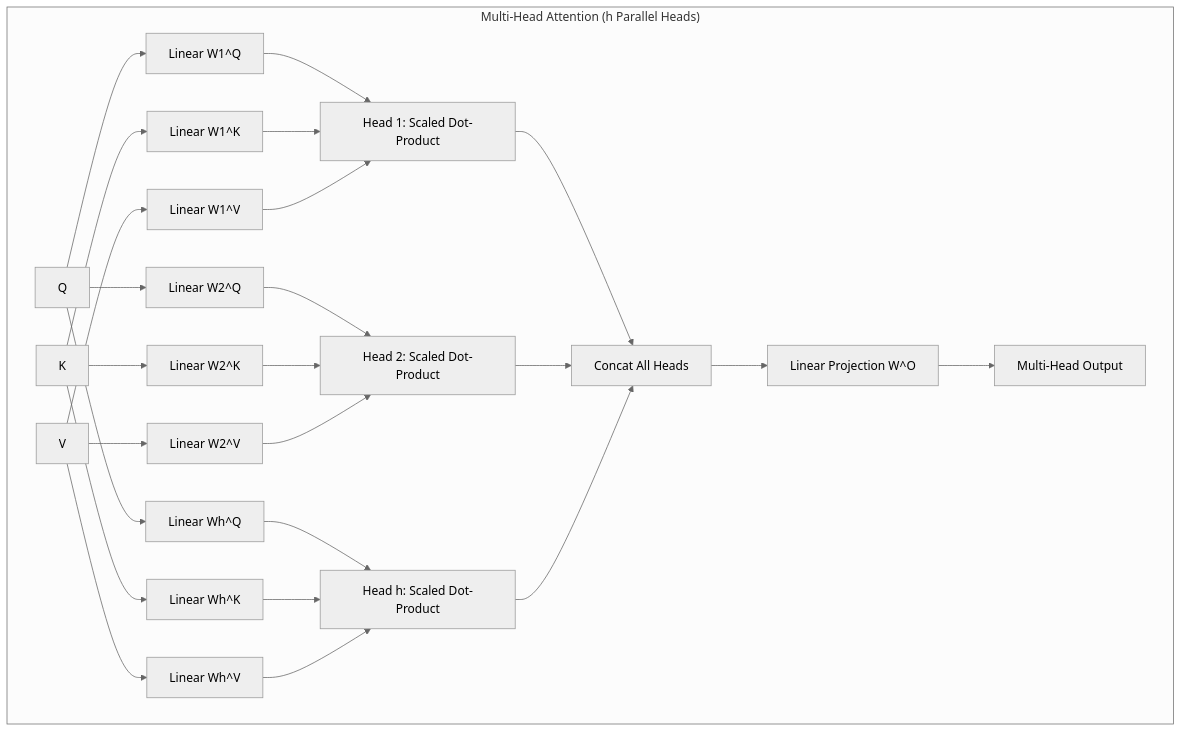
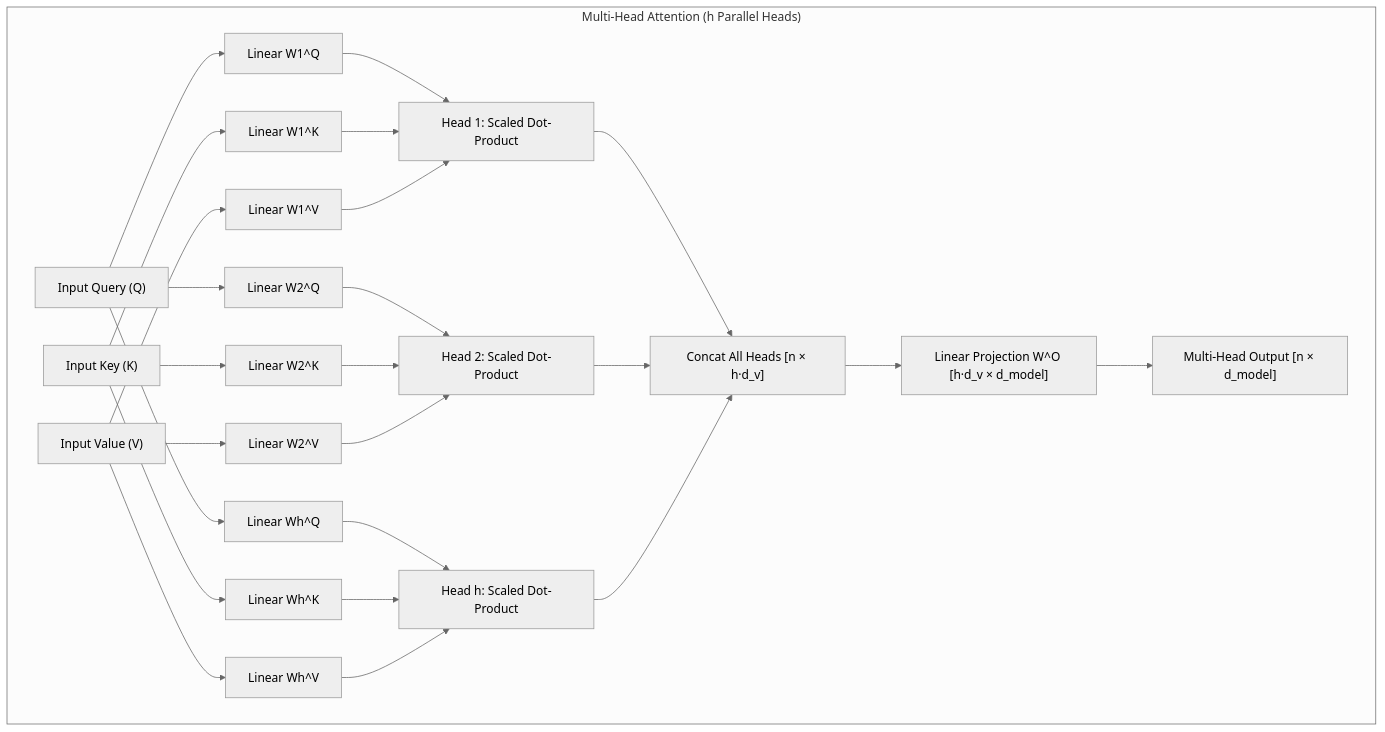
Before and after one commit to Amie-dev/Forward-Deployed-Engineer: the fourth of 10 diagrams in Lecture 01/notes/05_Attention_Mechanism_Transformers_and_LLMs.md, drawn with Mermaid (neutral theme). The commit also changed other lines of this file and 4 other files, not shown here.

````diff
--- a/Lecture 01/notes/05_Attention_Mechanism_Transformers_and_LLMs.md
+++ b/Lecture 01/notes/05_Attention_Mechanism_Transformers_and_LLMs.md
@@ -59,16 +111,16 @@
 ```mermaid
 flowchart TD
     subgraph Multi_Head ["Multi-Head Attention (h Parallel Heads)"]
-        InQ["Q"] & InK["K"] & InV["V"]
+        InQ["Input Query (Q)"] & InK["Input Key (K)"] & InV["Input Value (V)"]
         
         InQ --> LinearQ1["Linear W1^Q"] & LinearQ2["Linear W2^Q"] & LinearQh["Linear Wh^Q"]
         InK --> LinearK1["Linear W1^K"] & LinearK2["Linear W2^K"] & LinearKh["Linear Wh^K"]
         InV --> LinearV1["Linear W1^V"] & LinearV2["Linear W2^V"] & LinearVh["Linear Wh^V"]
 
         LinearQ1 & LinearK1 & LinearV1 --> Head1["Head 1: Scaled Dot-Product"]
         LinearQ2 & LinearK2 & LinearV2 --> Head2["Head 2: Scaled Dot-Product"]
         LinearQh & LinearKh & LinearVh --> Headh["Head h: Scaled Dot-Product"]
 
-        Head1 & Head2 & Headh --> Concat["Concat All Heads"] --> LinearO["Linear Projection W^O"] --> Out["Multi-Head Output"]
+        Head1 & Head2 & Headh --> Concat["Concat All Heads [n × h·d_v]"] --> LinearO["Linear Projection W^O [h·d_v × d_model]"] --> Out["Multi-Head Output [n × d_model]"]
     end
 ```
````
